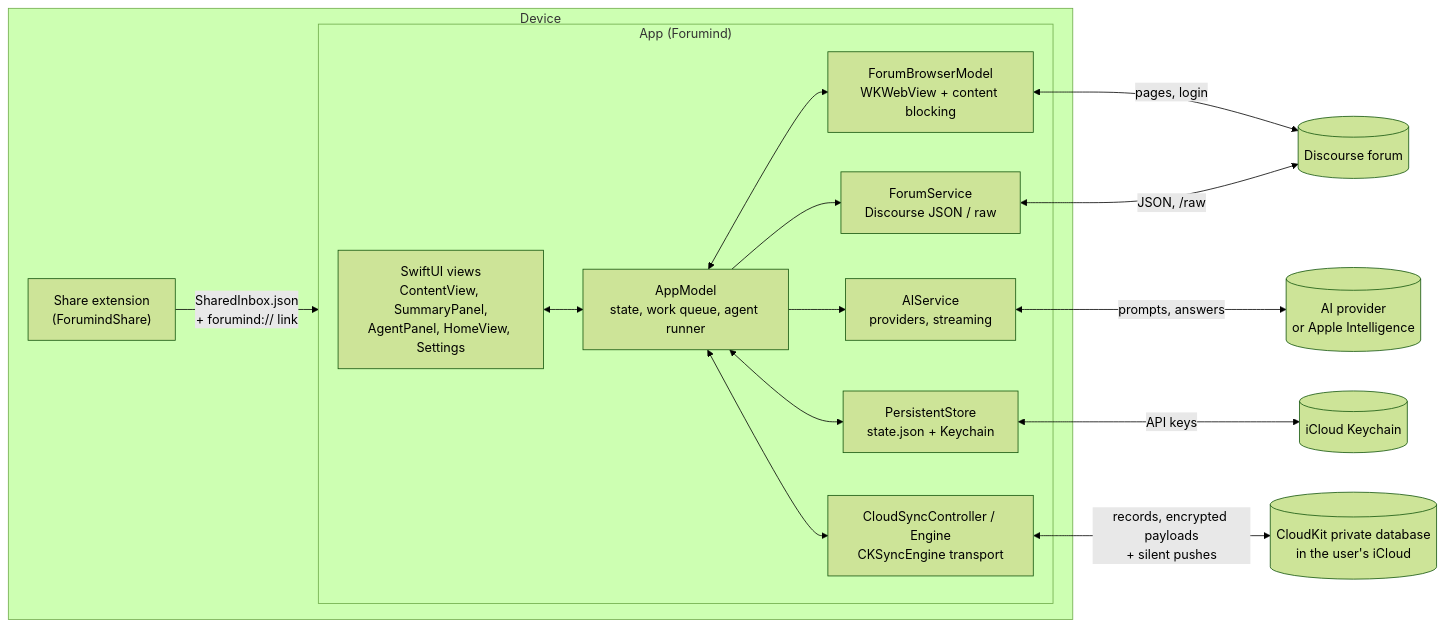
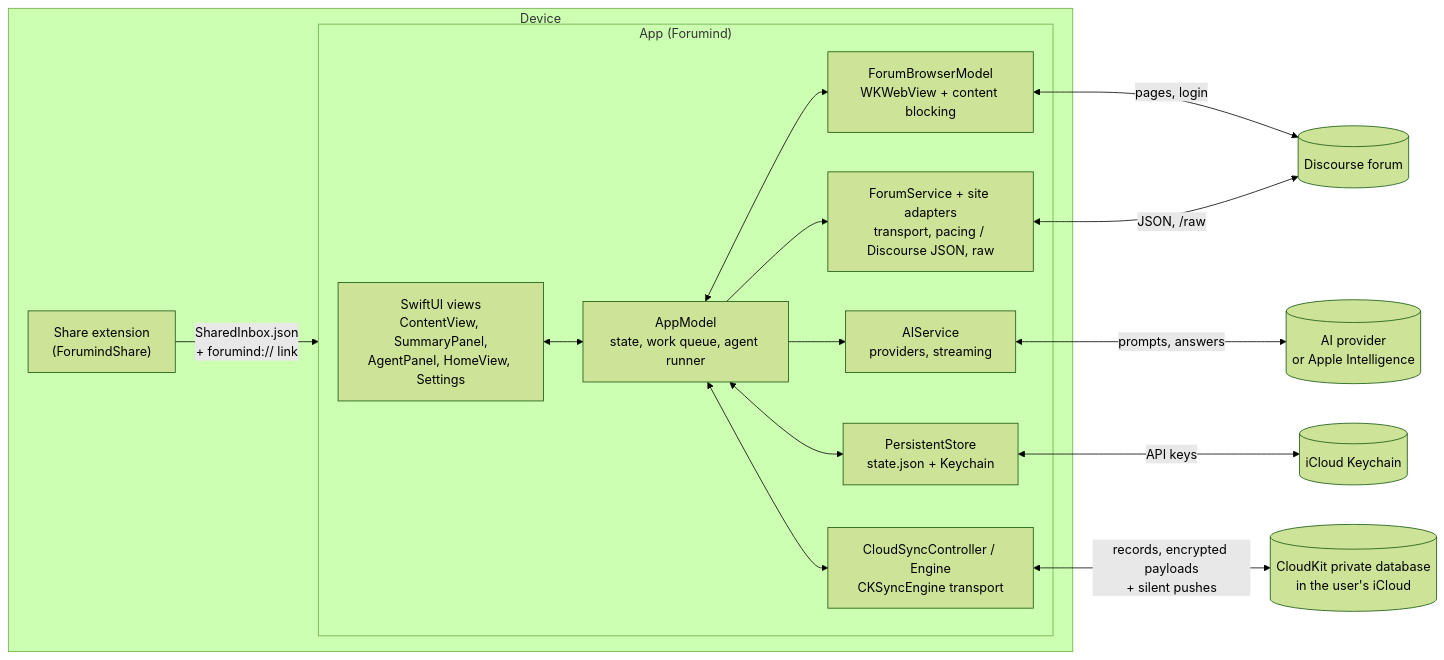
One commit to kccarlos/forumind changed the first of 3 diagrams in docs/ARCHITECTURE.md. Above: the diagram before and after it, drawn with Mermaid (forest theme). The commit also changed other lines of this file and 118 other files, not shown here.

````diff
--- a/docs/ARCHITECTURE.md
+++ b/docs/ARCHITECTURE.md
@@ -8,26 +8,26 @@
 ```mermaid
 flowchart LR
   subgraph Device
     Share["Share extension<br/>(ForumindShare)"] -- "SharedInbox.json<br/>+ forumind:// link" --> App
     subgraph App["App (Forumind)"]
       UI["SwiftUI views<br/>ContentView, SummaryPanel,<br/>AgentPanel, HomeView, Settings"]
       Model["AppModel<br/>state, work queue, agent runner"]
       Browser["ForumBrowserModel<br/>WKWebView + content blocking"]
-      Forum["ForumService<br/>Discourse JSON / raw"]
+      Forum["ForumService + site adapters<br/>transport, pacing / Discourse JSON, raw"]
       AI["AIService<br/>providers, streaming"]
       Store["PersistentStore<br/>state.json + Keychain"]
       Sync["CloudSyncController / Engine<br/>CKSyncEngine transport"]
       UI <--> Model
       Model <--> Browser
       Model --> Forum
       Model --> AI
       Model <--> Store
       Model <--> Sync
     end
   end
   Browser <-- "pages, login" --> Discourse[(Discourse forum)]
   Forum <-- "JSON, /raw" --> Discourse
   AI <-- "prompts, answers" --> Provider[(AI provider<br/>or Apple Intelligence)]
   Sync <-- "records, encrypted payloads<br/>+ silent pushes" --> ICloud[(CloudKit private database<br/>in the user's iCloud)]
   Store <-- "API keys" --> Keychain[(iCloud Keychain)]
 ```
````
